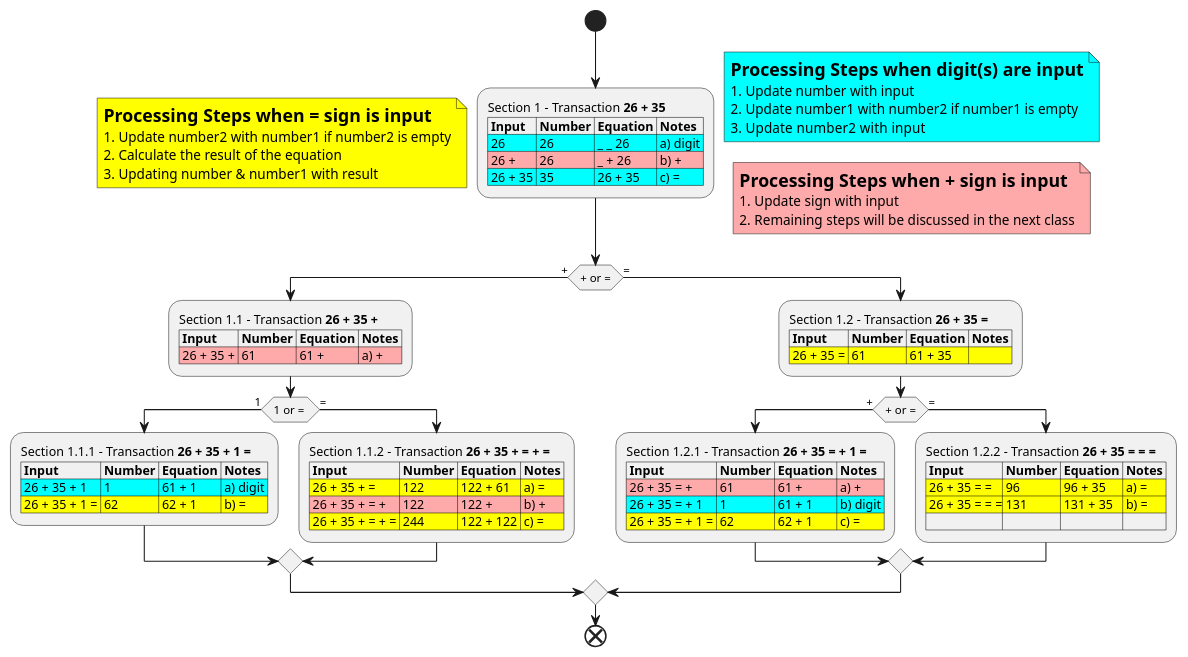
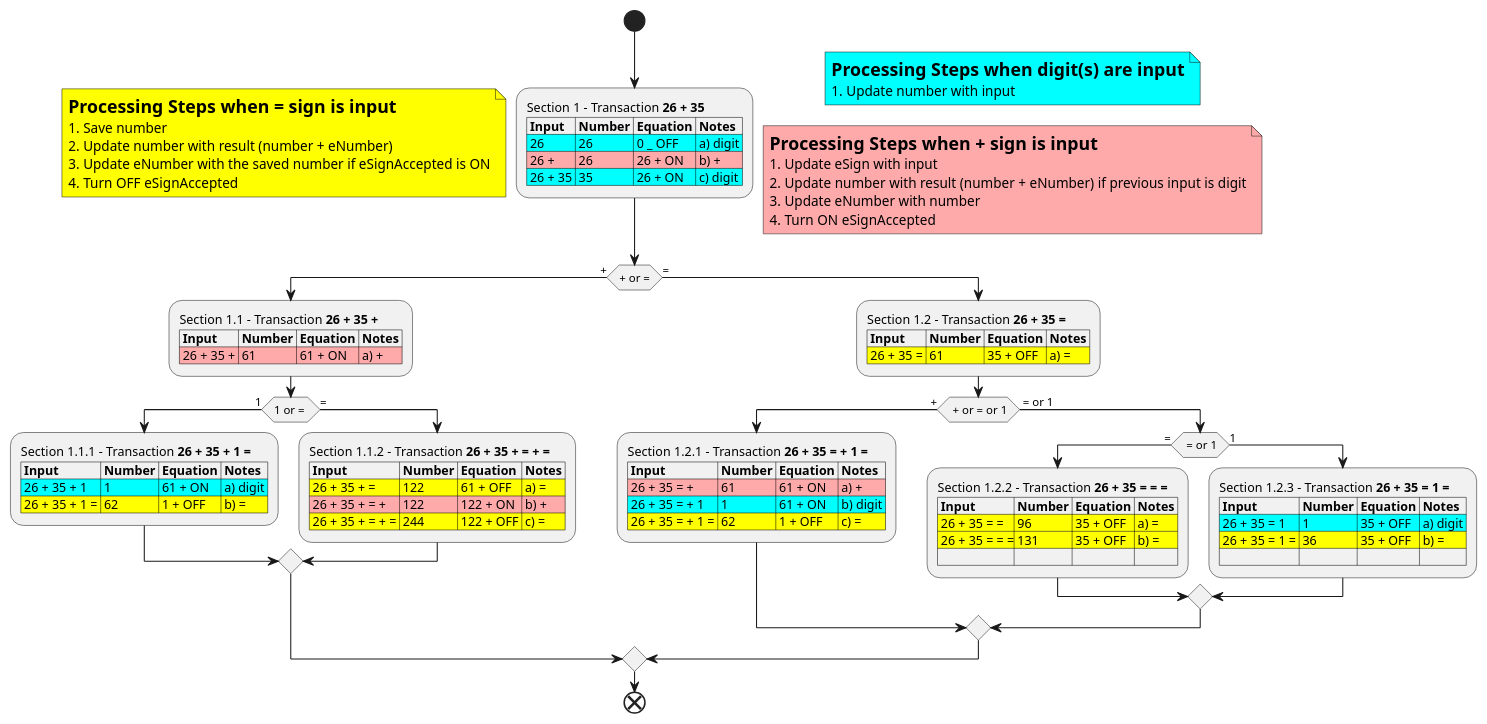
Before and after one commit to crazynayan/java-qa-training: the diagram in src/com/company/docs/uml/Scenario for plus equal.puml, drawn with PlantUML. The commit also changed 7 other files, not shown here.

```diff
--- a/src/com/company/docs/uml/Scenario for plus equal.puml
+++ b/src/com/company/docs/uml/Scenario for plus equal.puml
@@ -1,60 +1,69 @@
 @startuml
 start
 :Section 1 - Transaction **26 + 35**
 |= Input |= Number |= Equation |= Notes |
-<#aqua>| 26 | 26 | _ _ 26 | a) digit |
-<#FFAAAA>| 26 + | 26 | _ + 26 | b) + | |
-<#aqua>| 26 + 35 | 35 | 26 + 35 | c) =|;
+<#aqua>| 26 | 26 | 0 _ OFF | a) digit |
+<#FFAAAA>| 26 + | 26 | 26 + ON | b) + | |
+<#aqua>| 26 + 35 | 35 | 26 + ON | c) digit|;
 note right #aqua
 = Processing Steps when digit(s) are input
 # Update number with input
-# Update number1 with number2 if number1 is empty
-# Update number2  with input
 end note
 note left #yellow
 = Processing Steps when = sign is input
-# Update number2 with number1 if number2 is empty
-# Calculate the result of the equation
-# Updating number & number1 with result
+# Save number
+# Update number with result (number + eNumber)
+# Update eNumber with the saved number if eSignAccepted is ON
+# Turn OFF eSignAccepted
 end note
 note right #FFAAAA
 = Processing Steps when + sign is input
-# Update sign with input
-# Remaining steps will be discussed in the next class
+# Update eSign with input
+# Update number with result (number + eNumber) if previous input is digit
+# Update eNumber with number
+# Turn ON eSignAccepted
 end note
 if (+ or =) then (+)
-    :Section 1.1 - Transaction **26 + 35 + **
+    :Section 1.1 - Transaction **26 + 35 +**
     |= Input |= Number |= Equation |= Notes |
-    <#FFAAAA>| 26 + 35 + | 61 | 61 + | a) + |;
+    <#FFAAAA>| 26 + 35 + | 61 | 61 + ON | a) + |;
     if (1 or = ) then (1)
         :Section 1.1.1 - Transaction **26 + 35 + 1 =**
         |= Input |= Number |= Equation |= Notes |
-        <#aqua>| 26 + 35 + 1| 1| 61 + 1| a) digit |
-        <#yellow>| 26 + 35 + 1 = | 62 | 62 + 1 | b) = |;
+        <#aqua>| 26 + 35 + 1| 1| 61 + ON | a) digit |
+        <#yellow>| 26 + 35 + 1 = | 62 | 1 + OFF | b) = |;
     else (=)
         :Section 1.1.2 - Transaction **26 + 35 + = + =**
         |= Input |= Number |= Equation |= Notes |
-        <#yellow>| 26 + 35 + =| 122 | 122 + 61| a) =|
-        <#FFAAAA>| 26 + 35 + = +| 122| 122 +  | b) +|
-        <#yellow>| 26 + 35 + = + = | 244 | 122 + 122 | c) =|;
+        <#yellow>| 26 + 35 + =| 122 | 61 + OFF| a) =|
+        <#FFAAAA>| 26 + 35 + = +| 122| 122 + ON | b) +|
+        <#yellow>| 26 + 35 + = + = | 244 | 122 + OFF | c) =|;
     endif
 else (=)
     :Section 1.2 - Transaction **26 + 35 =**
     |= Input |= Number |= Equation |= Notes |
-    <#yellow>| 26 + 35 = | 61| 61 + 35| |;
-    if (+ or =) then (+)
+    <#yellow>| 26 + 35 = | 61 | 35 + OFF| a) = |;
+    if ( + or = or 1) then (+)
         :Section 1.2.1 - Transaction **26 + 35 = + 1 =**
         |= Input |= Number |= Equation |= Notes |
-        <#FFAAAA>| 26 + 35 = + | 61 | 61 + | a) + |
-        <#aqua>| 26 + 35 = + 1| 1 | 61 + 1| b) digit |
-        <#yellow>| 26 + 35 = + 1 = | 62| 62 + 1| c) = |;
-    else (=)
+        <#FFAAAA>| 26 + 35 = + | 61 | 61 + ON | a) + |
+        <#aqua>| 26 + 35 = + 1| 1 | 61 + ON | b) digit |
+        <#yellow>| 26 + 35 = + 1 = | 62| 1 + OFF | c) = |;
+    else ( = or 1)
+        if ( = or 1) then (=)
         :Section 1.2.2 - Transaction **26 + 35 = = =**
         |= Input |= Number |= Equation |= Notes |
-        <#yellow>| 26 + 35 = = | 96 | 96 + 35| a) = |
-        <#yellow>| 26 + 35 = = =| 131 | 131 + 35| b) =|
+        <#yellow>| 26 + 35 = = | 96 | 35 + OFF | a) = |
+        <#yellow>| 26 + 35 = = =| 131 | 35 + OFF | b) =|
         | | | | |;
+        else (1)
+        :Section 1.2.3 - Transaction **26 + 35 = 1 =**
+        |= Input |= Number |= Equation |= Notes |
+        <#aqua>| 26 + 35 = 1 | 1 | 35 + OFF | a) digit |
+        <#yellow>| 26 + 35 = 1 = | 36 | 35 + OFF | b) =|
+        | | | | |;
+        endif
     endif
 endif
 end
 @enduml
```
